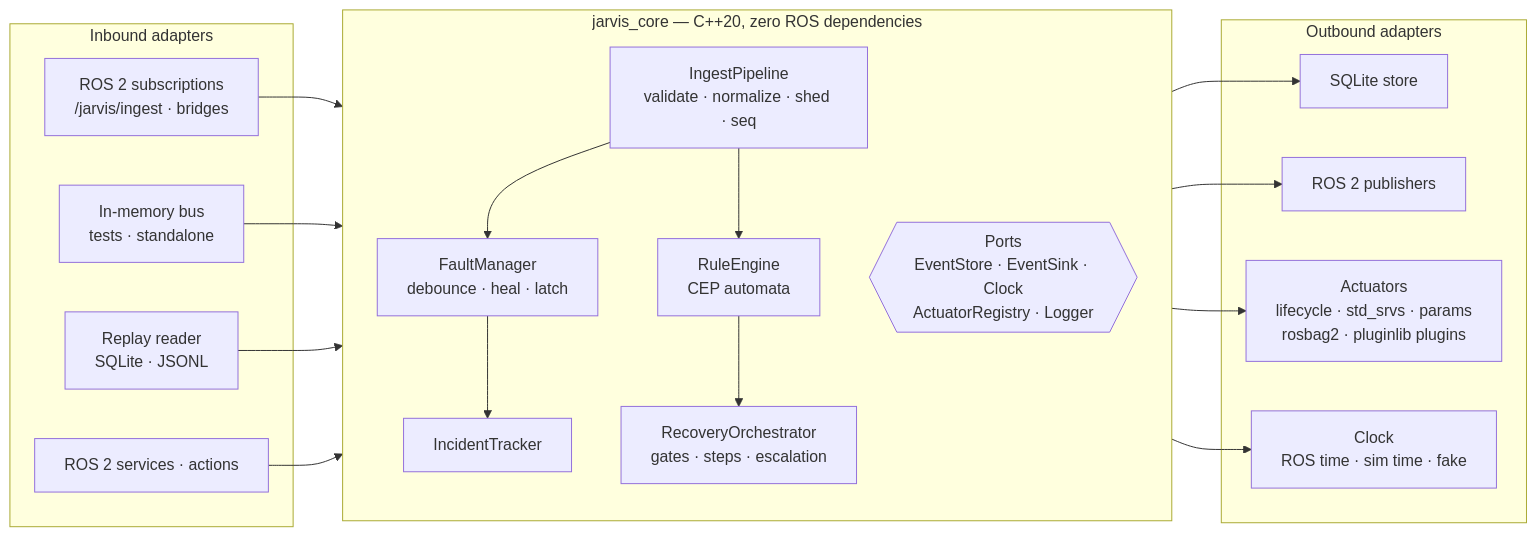
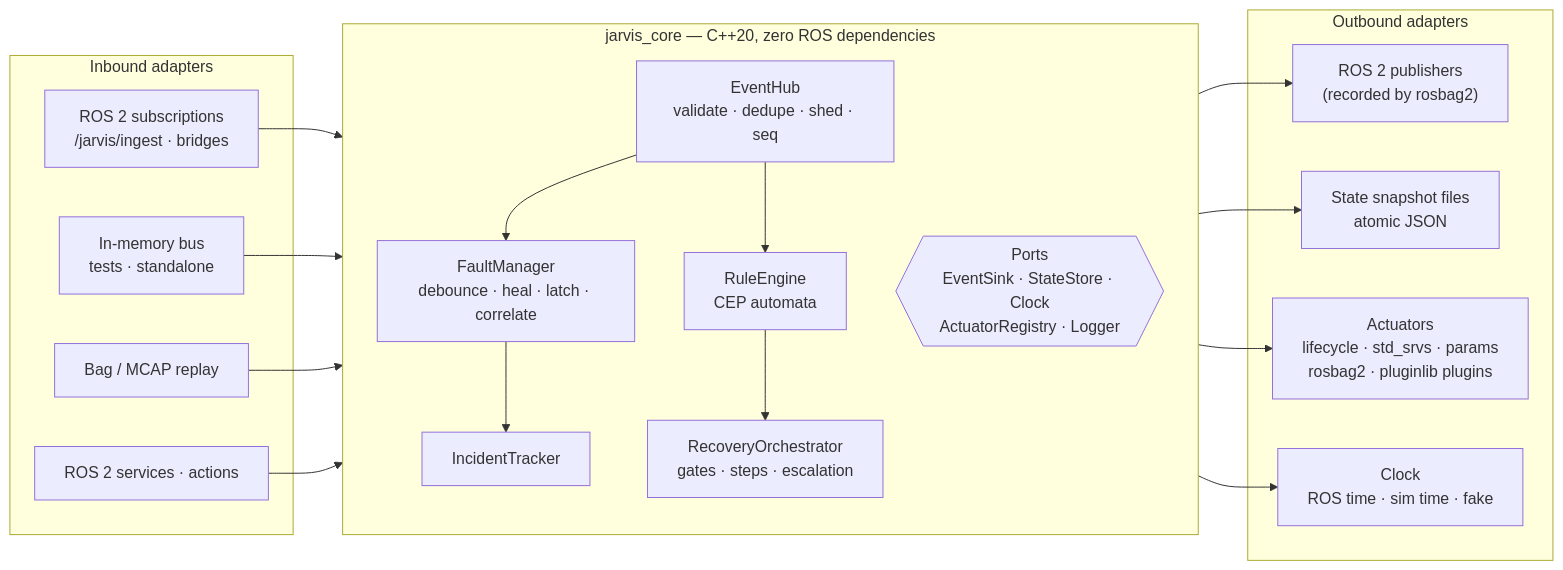
One commit to guilyx/jarvis_ros2 changed the second of 4 diagrams in docs/design/02-architecture.md. Above: the diagram before and after it, drawn with Mermaid. The commit also changed other lines of this file and 20 other files, not shown here.

````diff
--- a/docs/design/02-architecture.md
+++ b/docs/design/02-architecture.md
@@ -54,38 +60,38 @@
 ```mermaid
 flowchart LR
   subgraph IN["Inbound adapters"]
     RIN["ROS 2 subscriptions<br/>/jarvis/ingest · bridges"]
     RSV["ROS 2 services · actions"]
     MEM["In-memory bus<br/>tests · standalone"]
-    REP["Replay reader<br/>SQLite · JSONL"]
+    REP["Bag / MCAP replay"]
   end
 
   subgraph CORE["jarvis_core — C++20, zero ROS dependencies"]
     direction TB
-    ING["IngestPipeline<br/>validate · normalize · shed · seq"]
-    FM["FaultManager<br/>debounce · heal · latch"]
+    HUB["EventHub<br/>validate · dedupe · shed · seq"]
+    FM["FaultManager<br/>debounce · heal · latch · correlate"]
     INC["IncidentTracker"]
     RE["RuleEngine<br/>CEP automata"]
     RO["RecoveryOrchestrator<br/>gates · steps · escalation"]
-    PORTS{{"Ports<br/>EventStore · EventSink · Clock<br/>ActuatorRegistry · Logger"}}
+    PORTS{{"Ports<br/>EventSink · StateStore · Clock<br/>ActuatorRegistry · Logger"}}
   end
 
   subgraph OUT["Outbound adapters"]
-    SQL["SQLite store"]
-    PUB["ROS 2 publishers"]
+    PUB["ROS 2 publishers<br/>(recorded by rosbag2)"]
+    STF["State snapshot files<br/>atomic JSON"]
     ACT["Actuators<br/>lifecycle · std_srvs · params<br/>rosbag2 · pluginlib plugins"]
     CLK["Clock<br/>ROS time · sim time · fake"]
   end
 
-  RIN --> ING
-  MEM --> ING
-  REP --> ING
+  RIN --> HUB
+  MEM --> HUB
+  REP --> HUB
   RSV --> RO
-  ING --> FM --> INC
-  ING --> RE --> RO
+  HUB --> FM --> INC
+  HUB --> RE --> RO
   CORE --- PORTS
-  PORTS --> SQL
   PORTS --> PUB
+  PORTS --> STF
   PORTS --> ACT
   PORTS --> CLK
 ```
````
